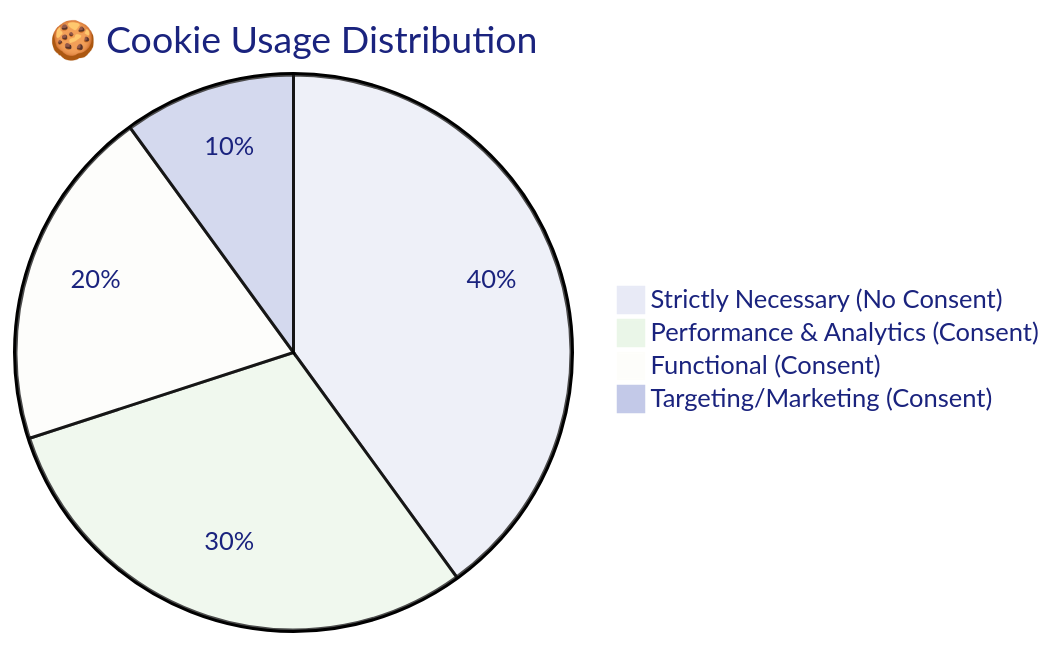
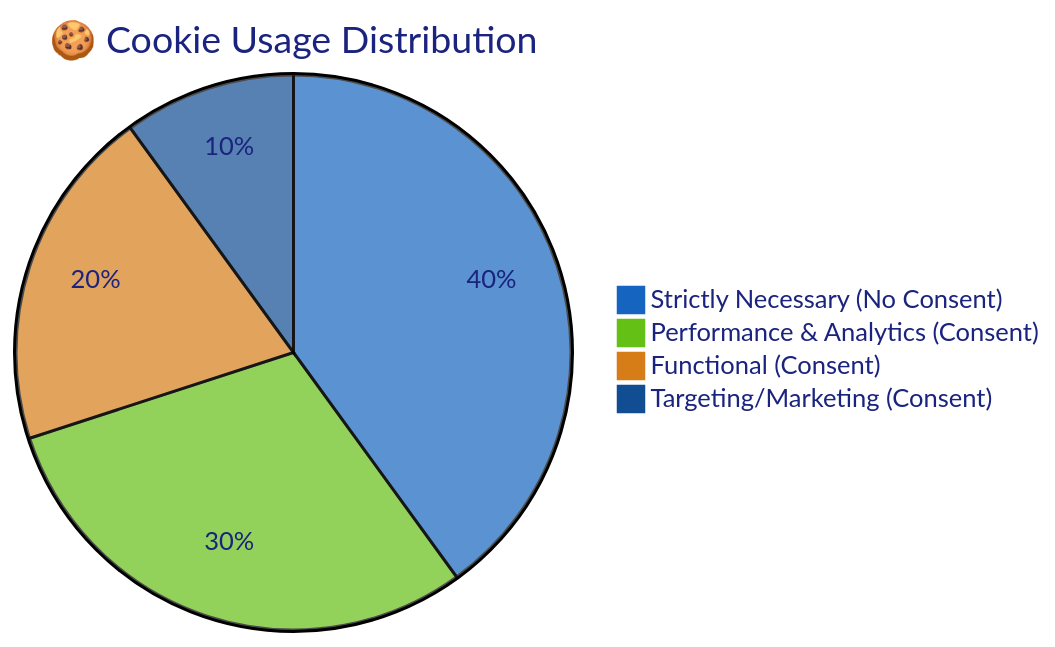
One commit to Hack23/ISMS-PUBLIC changed the fifth of 6 diagrams in Privacy_Policy.md. Above: the diagram before and after it, drawn with Mermaid. The commit also changed other lines of this file and 35 other files, not shown here.

````diff
--- a/Privacy_Policy.md
+++ b/Privacy_Policy.md
@@ -491,17 +491,17 @@
 ```mermaid
 %%{
   init: {
     'theme': 'base',
     'themeVariables': {
-      'primaryColor': '#e8eaf6',
-      'primaryTextColor': '#1a237e',
-      'lineColor': '#5c6bc0'
+      'primaryColor': '#1565C0',
+      'primaryTextColor': '#1A237E',
+      'lineColor': '#1565C0'
     }
   }
 }%%
 pie title 🍪 Cookie Usage Distribution
     "Strictly Necessary (No Consent)" : 40
     "Performance & Analytics (Consent)" : 30
     "Functional (Consent)" : 20
     "Targeting/Marketing (Consent)" : 10
 ```
````
